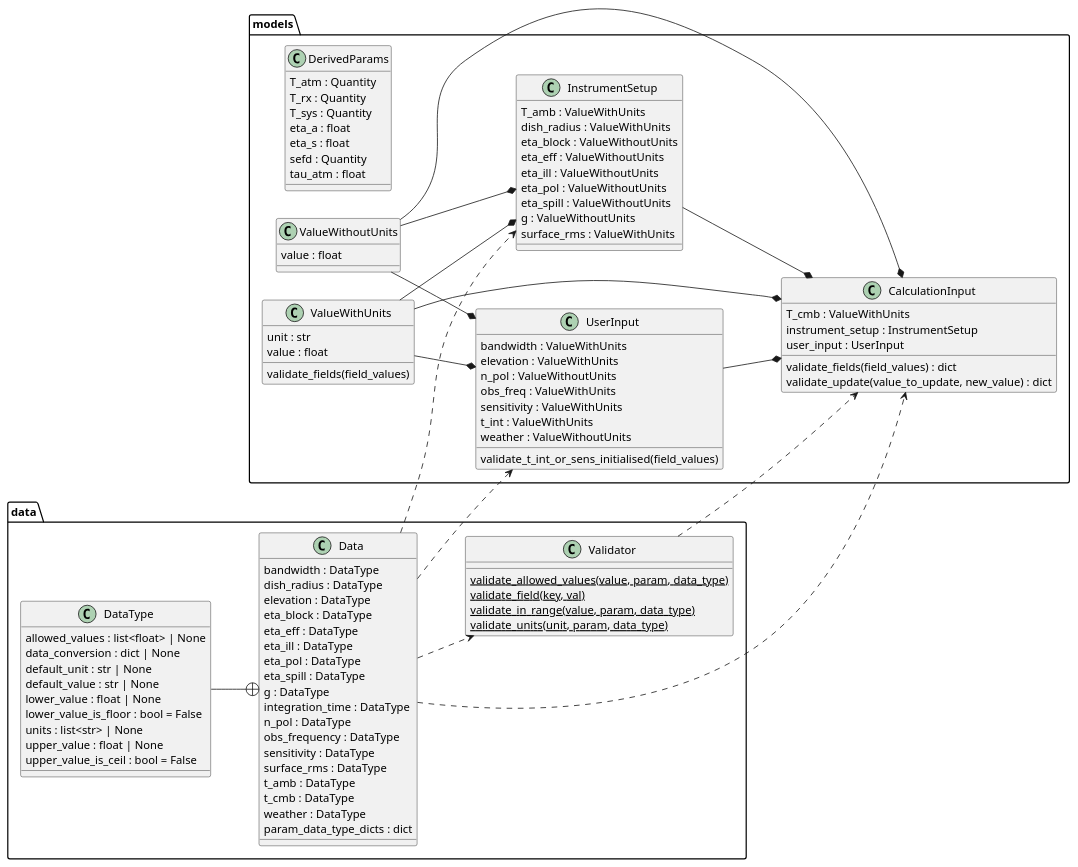
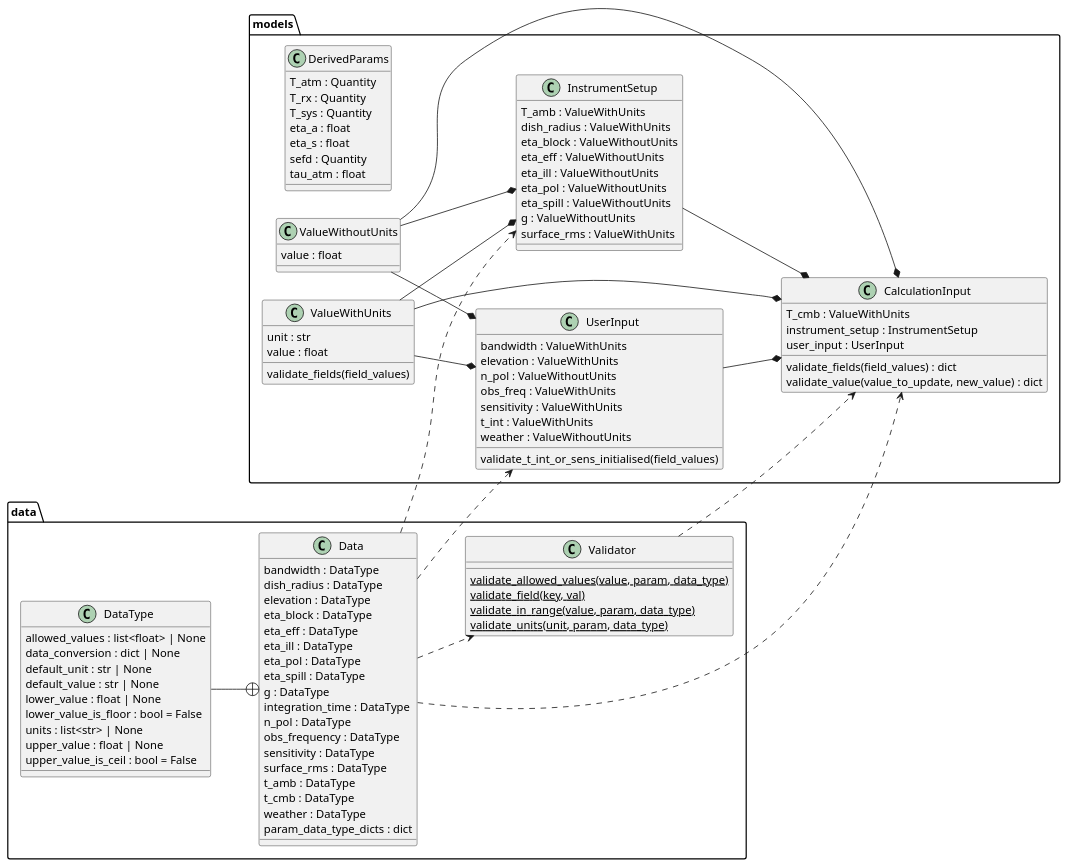
The diagram in docs/source/code_docs/data_model_uml.rst (ukatc/AtLAST_sensitivity_calculator), drawn with PlantUML before and after one commit. The commit also changed 11 other files, not shown here.

```diff
--- a/docs/source/code_docs/data_model_uml.rst
+++ b/docs/source/code_docs/data_model_uml.rst
@@ -12,7 +12,7 @@
       instrument_setup : InstrumentSetup
       user_input : UserInput
       validate_fields(field_values) : dict
-      validate_update(value_to_update, new_value) : dict
+      validate_value(value_to_update, new_value) : dict
     }
     class "Data" as data.Data {
       bandwidth : DataType
```
